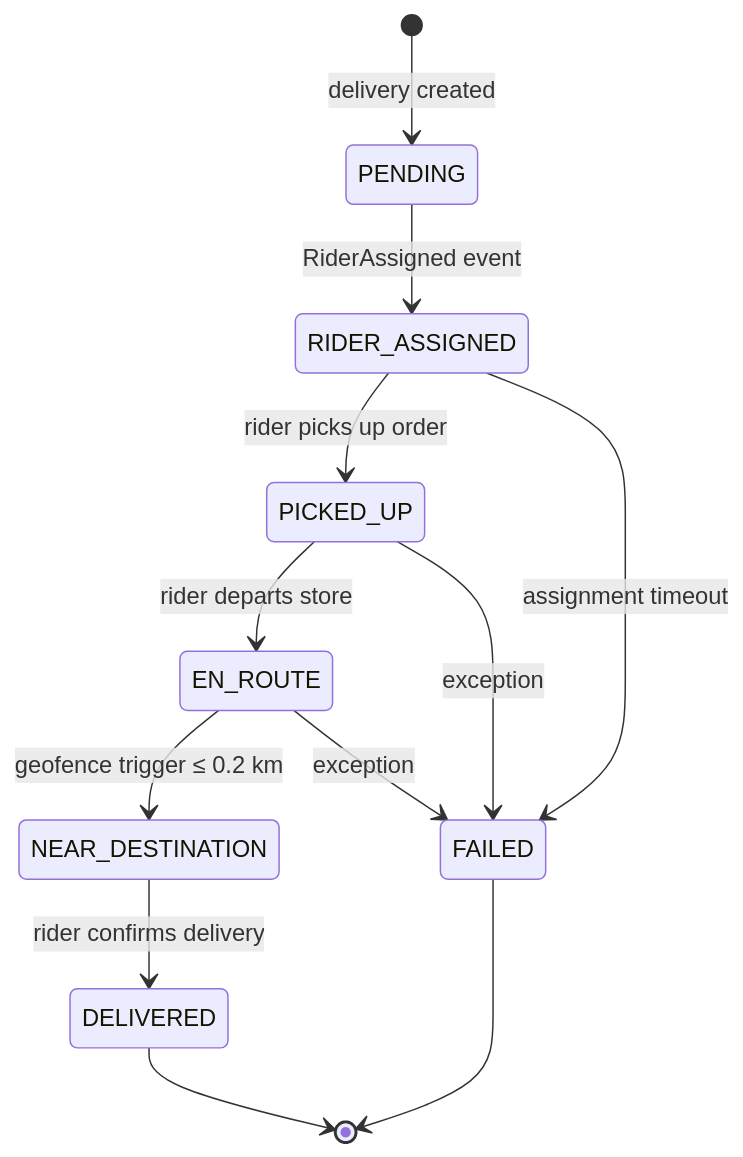
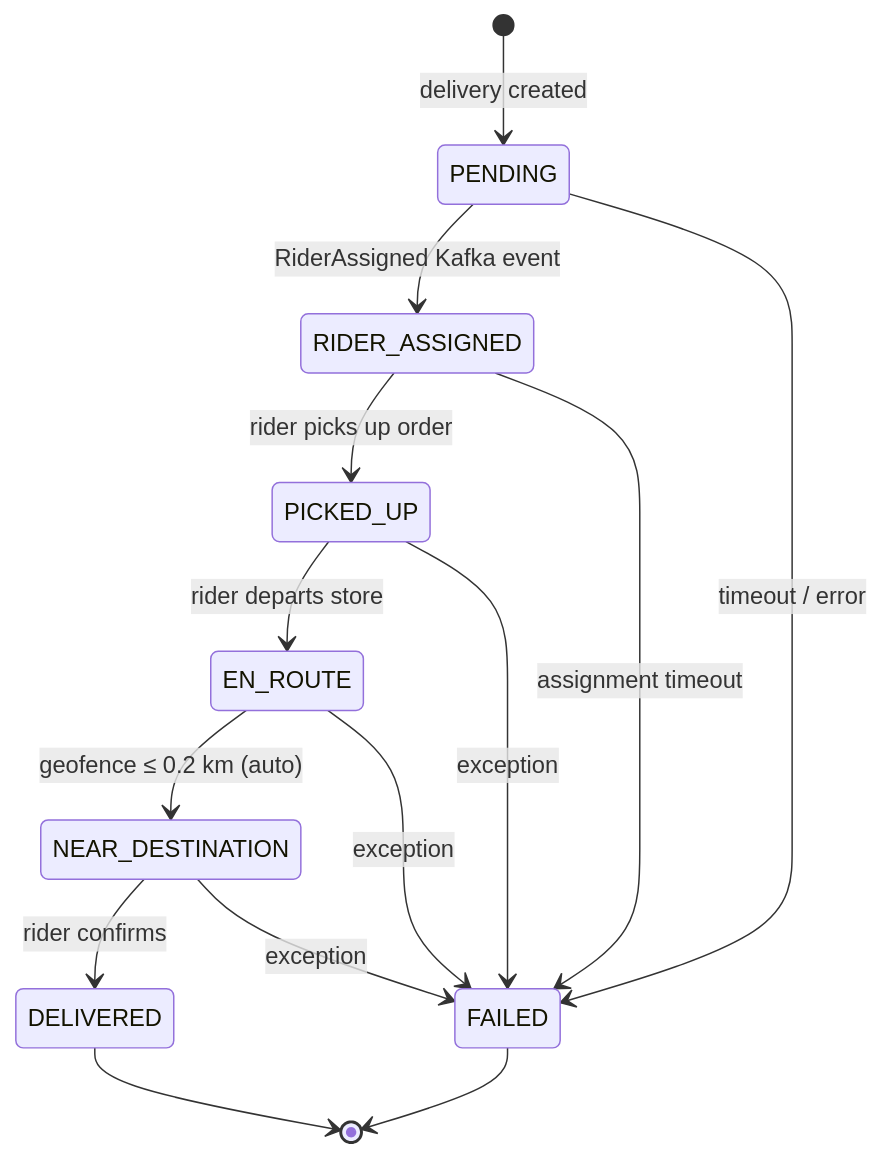
The fifth of 6 diagrams in services/routing-eta-service/README.md (sunitakeazycommerz-a11y/InstaCommerce), drawn with Mermaid before and after one commit. The commit also changed other lines of this file and 2 other files, not shown here.

````diff
--- a/services/routing-eta-service/README.md
+++ b/services/routing-eta-service/README.md
@@ -64,14 +340,21 @@
 ```mermaid
 stateDiagram-v2
     [*] --> PENDING : delivery created
-    PENDING --> RIDER_ASSIGNED : RiderAssigned event
+    PENDING --> RIDER_ASSIGNED : RiderAssigned Kafka event
+    PENDING --> FAILED : timeout / error
+
     RIDER_ASSIGNED --> PICKED_UP : rider picks up order
+    RIDER_ASSIGNED --> FAILED : assignment timeout
+
     PICKED_UP --> EN_ROUTE : rider departs store
-    EN_ROUTE --> NEAR_DESTINATION : geofence trigger ≤ 0.2 km
-    NEAR_DESTINATION --> DELIVERED : rider confirms delivery
-    RIDER_ASSIGNED --> FAILED : assignment timeout
     PICKED_UP --> FAILED : exception
+
+    EN_ROUTE --> NEAR_DESTINATION : geofence ≤ 0.2 km (auto)
     EN_ROUTE --> FAILED : exception
+
+    NEAR_DESTINATION --> DELIVERED : rider confirms
+    NEAR_DESTINATION --> FAILED : exception
+
     DELIVERED --> [*]
     FAILED --> [*]
 ```
````
